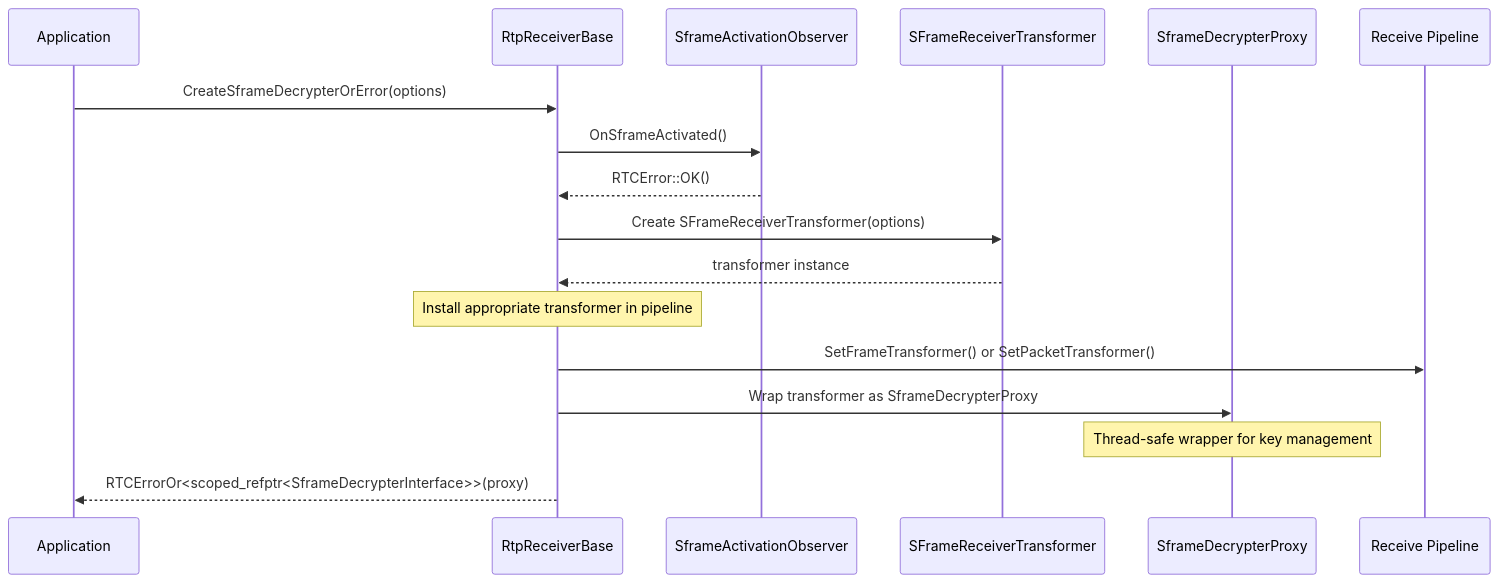
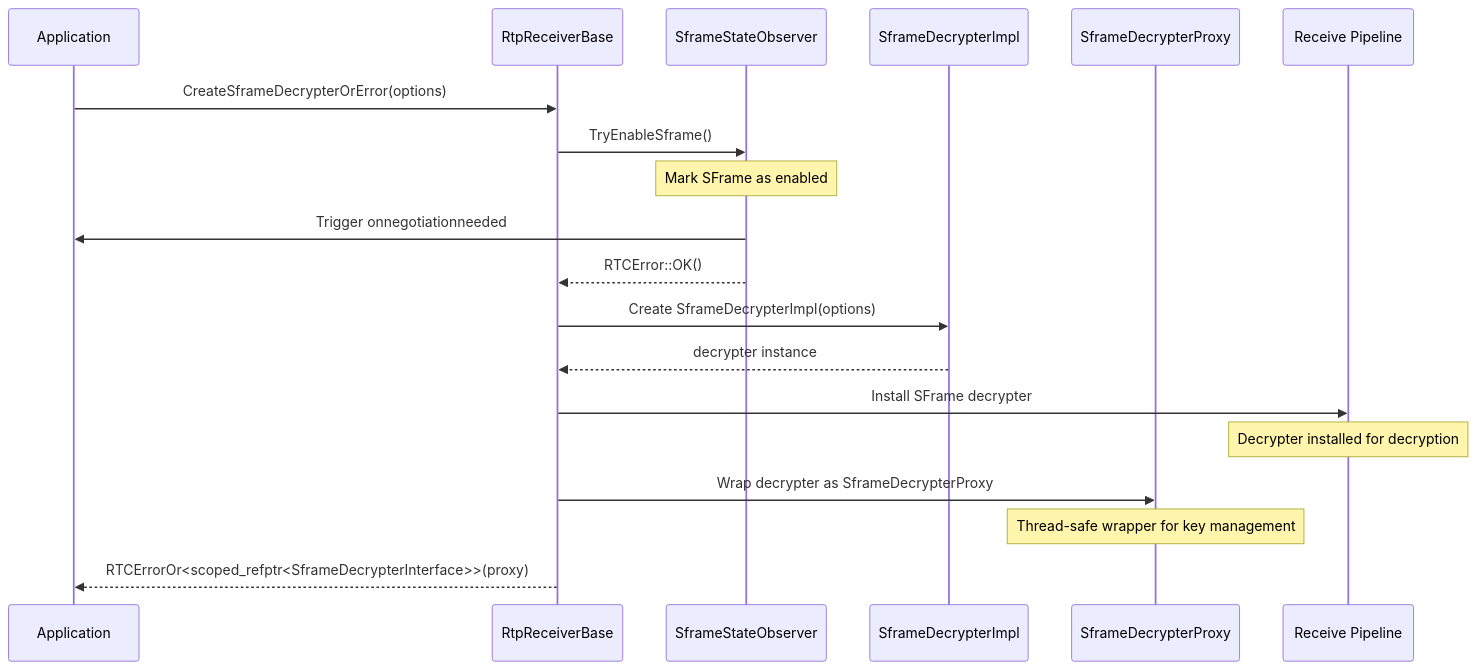
Before and after one commit to webex/webrtc-sframe: the ninth of 13 diagrams in README.md, drawn with Mermaid. The commit also changed other lines of this file and 1 other file, not shown here.

````diff
--- a/README.md
+++ b/README.md
@@ -350,25 +302,27 @@
 ```mermaid
 sequenceDiagram
     participant App as Application
     participant Receiver as RtpReceiverBase
-    participant Observer as SframeActivationObserver
-    participant Transformer as SFrameReceiverTransformer
+    participant Observer as SframeStateObserver
+    participant Decrypter as SframeDecrypterImpl
     participant Proxy as SframeDecrypterProxy
     participant Pipeline as Receive Pipeline
 
     App->>Receiver: CreateSframeDecrypterOrError(options)
 
-    Receiver->>Observer: OnSframeActivated()
+    Receiver->>Observer: TryEnableSframe()
+    Note over Observer: Mark SFrame as enabled
+    Observer->>App: Trigger onnegotiationneeded
     Observer-->>Receiver: RTCError::OK()
 
-    Receiver->>Transformer: Create SFrameReceiverTransformer(options)
-    Transformer-->>Receiver: transformer instance
+    Receiver->>Decrypter: Create SframeDecrypterImpl(options)
+    Decrypter-->>Receiver: decrypter instance
 
-    Note over Receiver: Install appropriate transformer in pipeline
-    Receiver->>Pipeline: SetFrameTransformer() or SetPacketTransformer()
+    Receiver->>Pipeline: Install SFrame decrypter
+    Note over Pipeline: Decrypter installed for decryption
 
-    Receiver->>Proxy: Wrap transformer as SframeDecrypterProxy
+    Receiver->>Proxy: Wrap decrypter as SframeDecrypterProxy
     Note over Proxy: Thread-safe wrapper for key management
 
     Receiver-->>App: RTCErrorOr<scoped_refptr<SframeDecrypterInterface>>(proxy)
 ```
````
